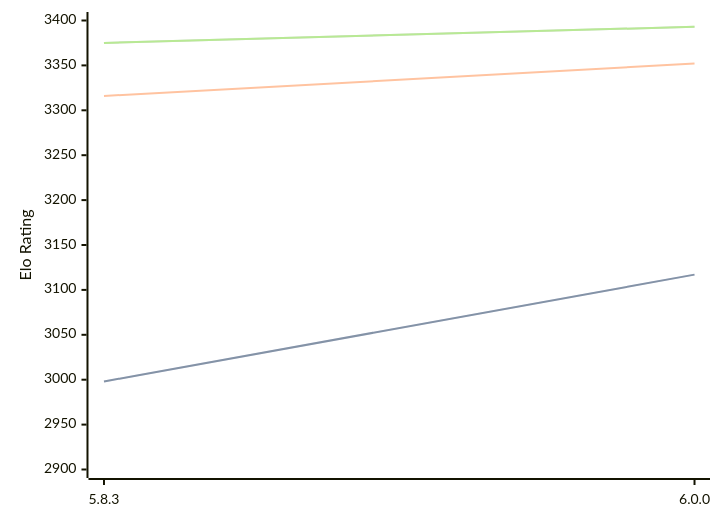
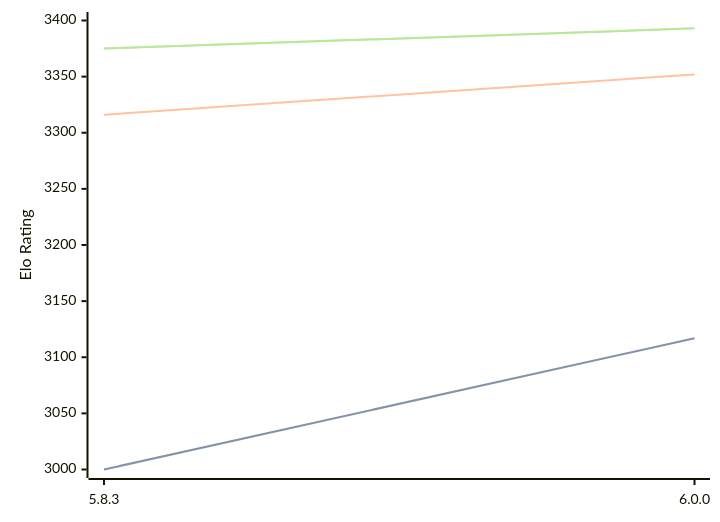
Before and after one commit to computer-chess-index/cci: the diagram in engines/Zigqueen.md, drawn with Mermaid. The commit also changed other lines of this file, not shown here.

Commit message:
Update CCI Ratings (ELO VLTC) - 2026-08-31

````diff
--- a/engines/Zigqueen.md
+++ b/engines/Zigqueen.md
@@ -35,11 +35,11 @@
 ```mermaid
 %%{init: {"theme":"base","themeVariables":{"seriesColors:['#a3a3a3','#222221','#faa371']}}}%%
 xychart-beta
   x-axis ["5.8.3", "6.0.0"]
-  y-axis "Elo Rating" 2900 --> 3400
-  line "" [2998, 3117]
-  line "STC (8.0+0.08s)" [2998, 3117]
+  y-axis "Elo Rating" 3000 --> 3400
+  line "" [3000, 3117]
+  line "STC (8.0+0.08s)" [3000, 3117]
   line "LTC (60.0+0.60s)" [3316, 3352]
   line "" [3375, 3393]
   line "VLTC (2m24s+1.12s)" [3375, 3393]
 ```
````
